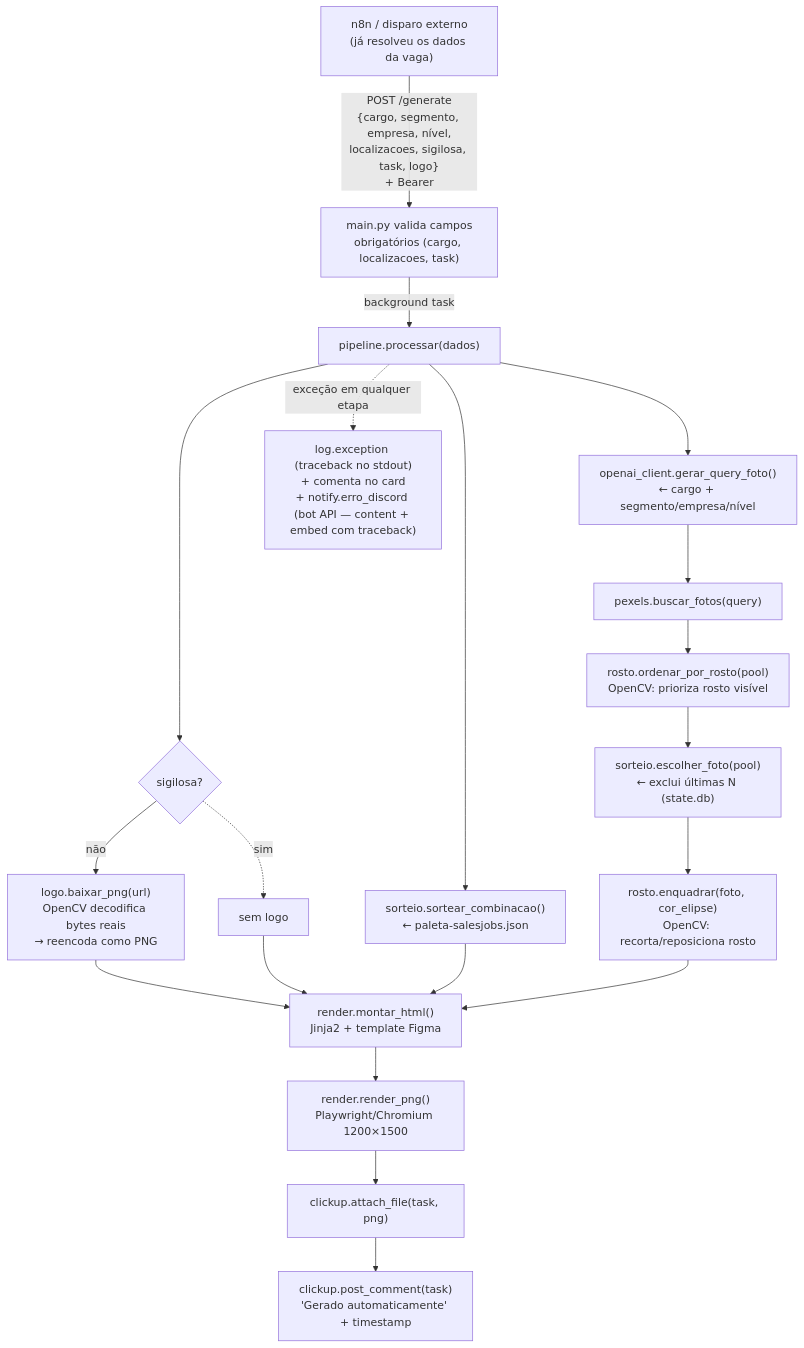
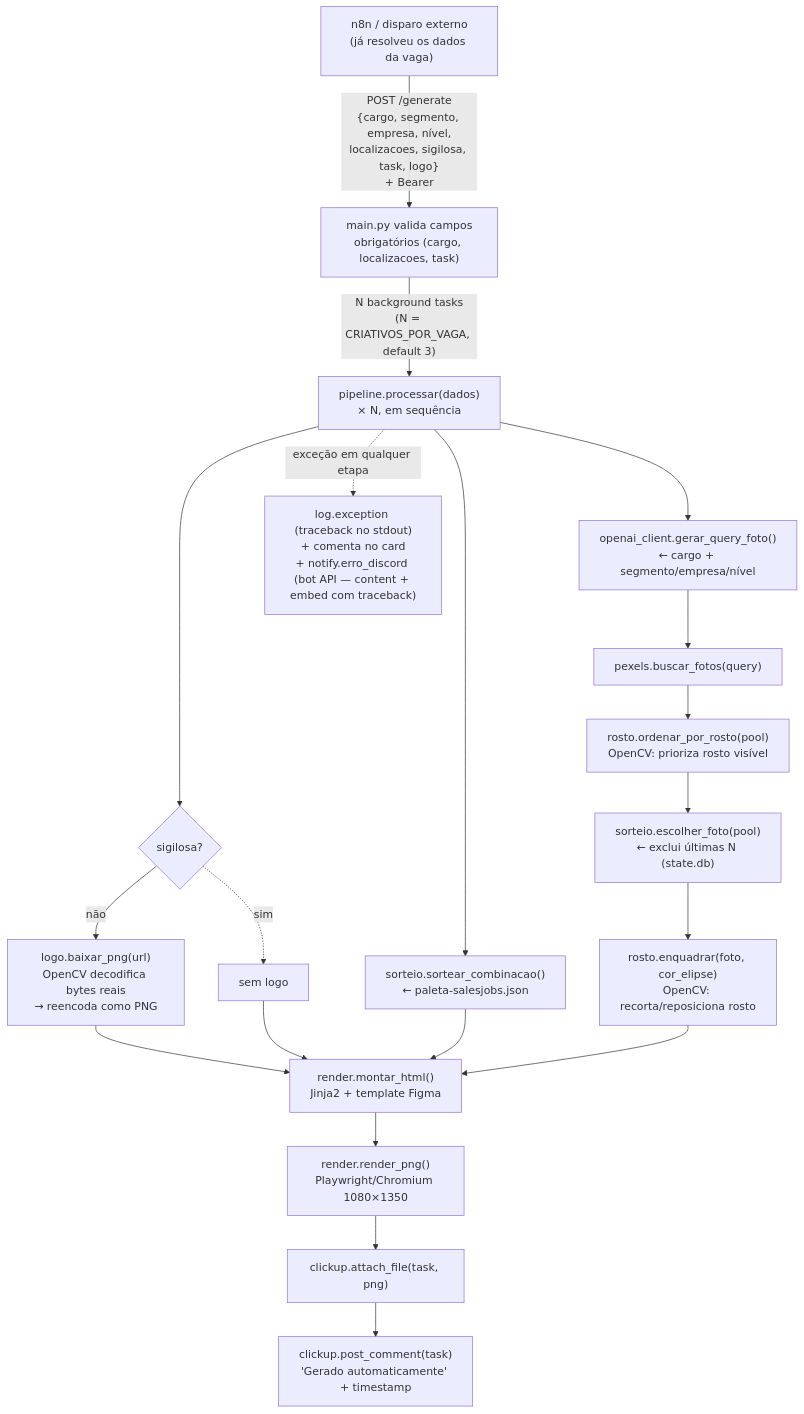
One commit to Teagamatos/criativos-v1 changed the diagram in README.md. Above: the diagram before and after it, drawn with Mermaid. The commit also changed other lines of this file and 3 other files, not shown here.

First line of the commit message:
Gera CRIATIVOS_POR_VAGA artes por vaga (for no /generate)

````diff
--- a/README.md
+++ b/README.md
@@ -40,27 +41,27 @@
 ```mermaid
 flowchart TD
     A["n8n / disparo externo\n(já resolveu os dados da vaga)"] -->|"POST /generate\n{cargo, segmento, empresa, nível,\nlocalizacoes, sigilosa, task, logo}\n+ Bearer"| V["main.py valida campos\nobrigatórios (cargo, localizacoes, task)"]
-    V -->|"background task"| P["pipeline.processar(dados)"]
+    V -->|"N background tasks\n(N = CRIATIVOS_POR_VAGA, default 3)"| P["pipeline.processar(dados)\n× N, em sequência"]
 
     P --> SIG{"sigilosa?"}
     SIG -->|"não"| LOGO["logo.baixar_png(url)\nOpenCV decodifica bytes reais\n→ reencoda como PNG"]
     SIG -.->|"sim"| SEMLOGO["sem logo"]
 
     P --> SORT["sorteio.sortear_combinacao()\n← paleta-salesjobs.json"]
     P --> GPT["openai_client.gerar_query_foto()\n← cargo + segmento/empresa/nível"]
     GPT --> PX["pexels.buscar_fotos(query)"]
     PX --> ROSTO1["rosto.ordenar_por_rosto(pool)\nOpenCV: prioriza rosto visível"]
     ROSTO1 --> ESC["sorteio.escolher_foto(pool)\n← exclui últimas N (state.db)"]
     ESC --> ROSTO2["rosto.enquadrar(foto, cor_elipse)\nOpenCV: recorta/reposiciona rosto"]
 
     LOGO --> R["render.montar_html()\nJinja2 + template Figma"]
     SEMLOGO --> R
     SORT --> R
     ROSTO2 --> R
-    R --> PNG["render.render_png()\nPlaywright/Chromium 1200×1500"]
+    R --> PNG["render.render_png()\nPlaywright/Chromium 1080×1350"]
 
     PNG --> AT["clickup.attach_file(task, png)"]
     AT --> CM["clickup.post_comment(task)\n'Gerado automaticamente' + timestamp"]
 
     P -.->|"exceção em qualquer etapa"| ERR["log.exception (traceback no stdout)\n+ comenta no card\n+ notify.erro_discord (bot API — content + embed com traceback)"]
 ```
````
